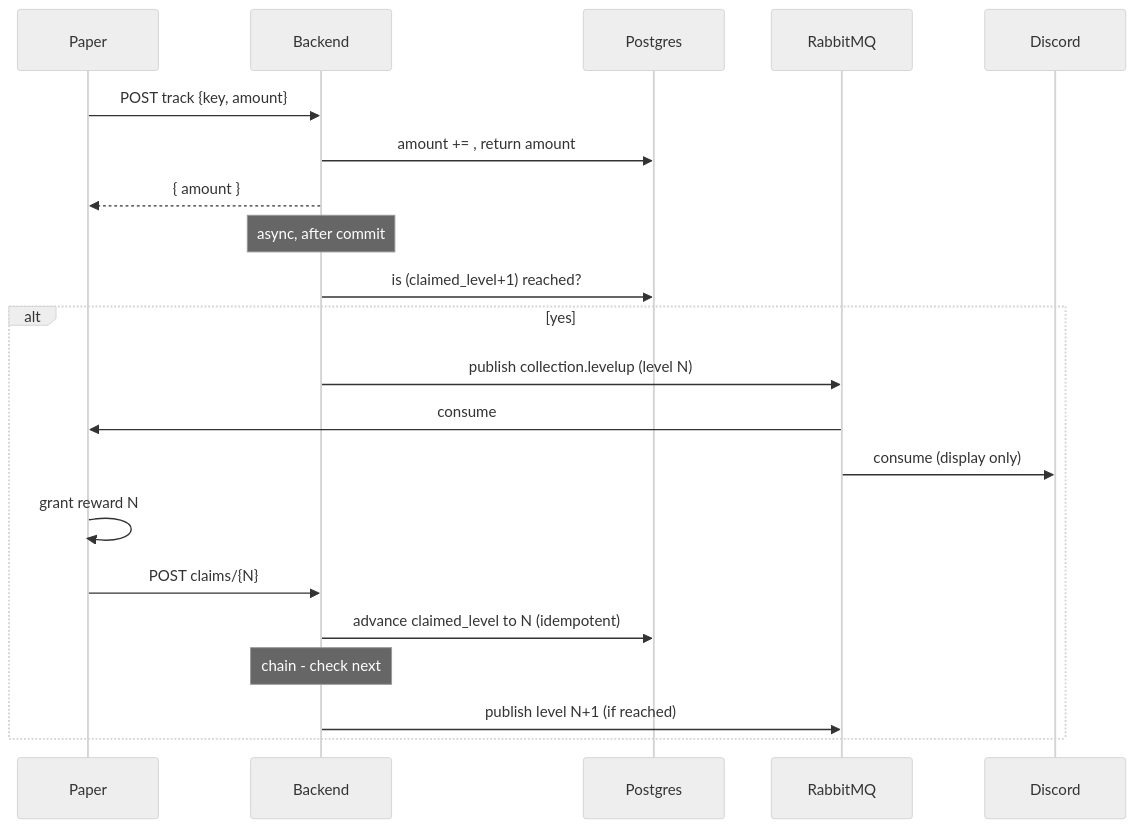
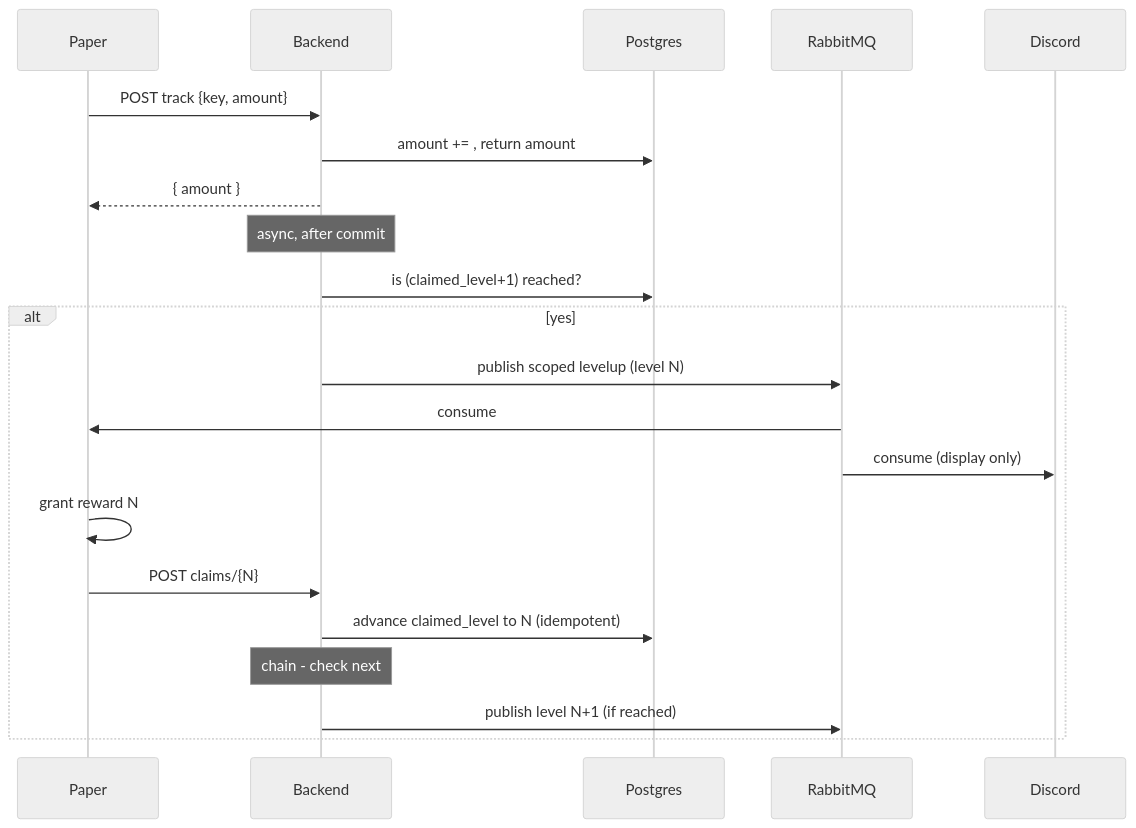
One commit to Beyond-The-Gate/btg-wiki changed the diagram in docs/technical/backend/collection-levels.md. Above: the diagram before and after it, drawn with Mermaid (neutral theme). The commit also changed other lines of this file and 5 other files, not shown here.

````diff
--- a/docs/technical/backend/collection-levels.md
+++ b/docs/technical/backend/collection-levels.md
@@ -23,24 +26,24 @@
 ```mermaid
 sequenceDiagram
     participant Paper
     participant API as Backend
     participant DB as Postgres
     participant MQ as RabbitMQ
     participant Discord
 
     Paper->>API: POST track {key, amount}
     API->>DB: amount += , return amount
     API-->>Paper: { amount }
     Note over API: async, after commit
     API->>DB: is (claimed_level+1) reached?
     alt yes
-        API->>MQ: publish collection.levelup (level N)
+        API->>MQ: publish scoped levelup (level N)
         MQ->>Paper: consume
         MQ->>Discord: consume (display only)
         Paper->>Paper: grant reward N
         Paper->>API: POST claims/{N}
         API->>DB: advance claimed_level to N (idempotent)
         Note over API: chain - check next
         API->>MQ: publish level N+1 (if reached)
     end
 ```
````
